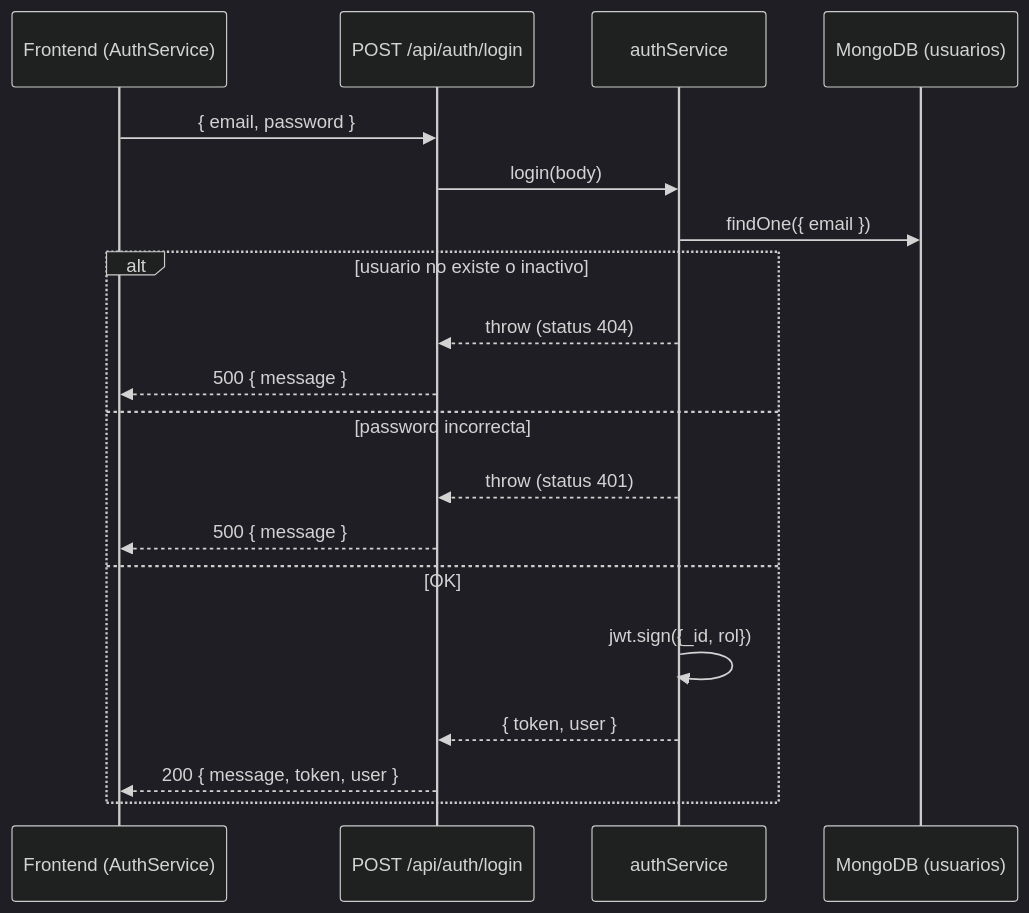
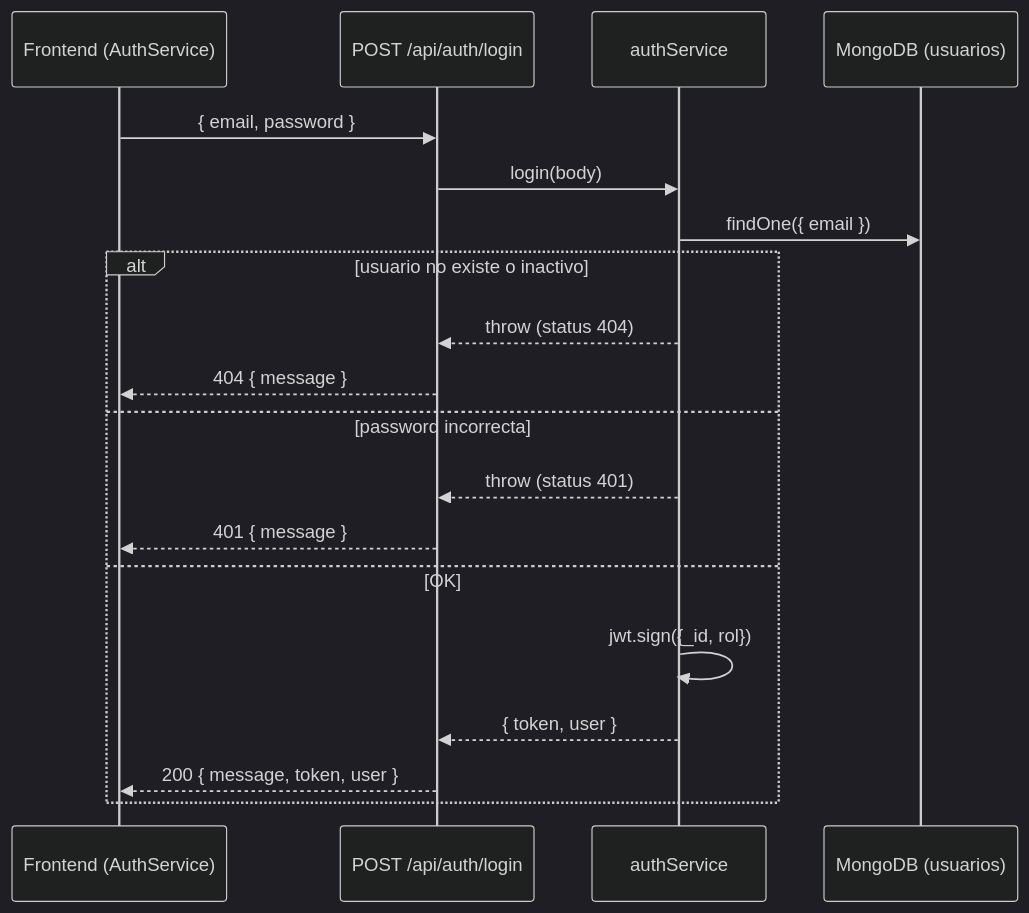
One commit to nicolasgonzalez98/tpGrupoFrontBack changed the second of 3 diagrams in docs/api/README.md. Above: the diagram before and after it, drawn with Mermaid (dark theme). The commit also changed other lines of this file and 7 other files, not shown here.

````diff
--- a/docs/api/README.md
+++ b/docs/api/README.md
@@ -134,21 +146,21 @@
 ```mermaid
 sequenceDiagram
     participant FE as Frontend (AuthService)
     participant API as POST /api/auth/login
     participant SVC as authService
     participant DB as MongoDB (usuarios)
     FE->>API: { email, password }
     API->>SVC: login(body)
     SVC->>DB: findOne({ email })
     alt usuario no existe o inactivo
         SVC-->>API: throw (status 404)
-        API-->>FE: 500 { message }
+        API-->>FE: 404 { message }
     else password incorrecta
         SVC-->>API: throw (status 401)
-        API-->>FE: 500 { message }
+        API-->>FE: 401 { message }
     else OK
         SVC->>SVC: jwt.sign({_id, rol})
         SVC-->>API: { token, user }
         API-->>FE: 200 { message, token, user }
     end
 ```
````
